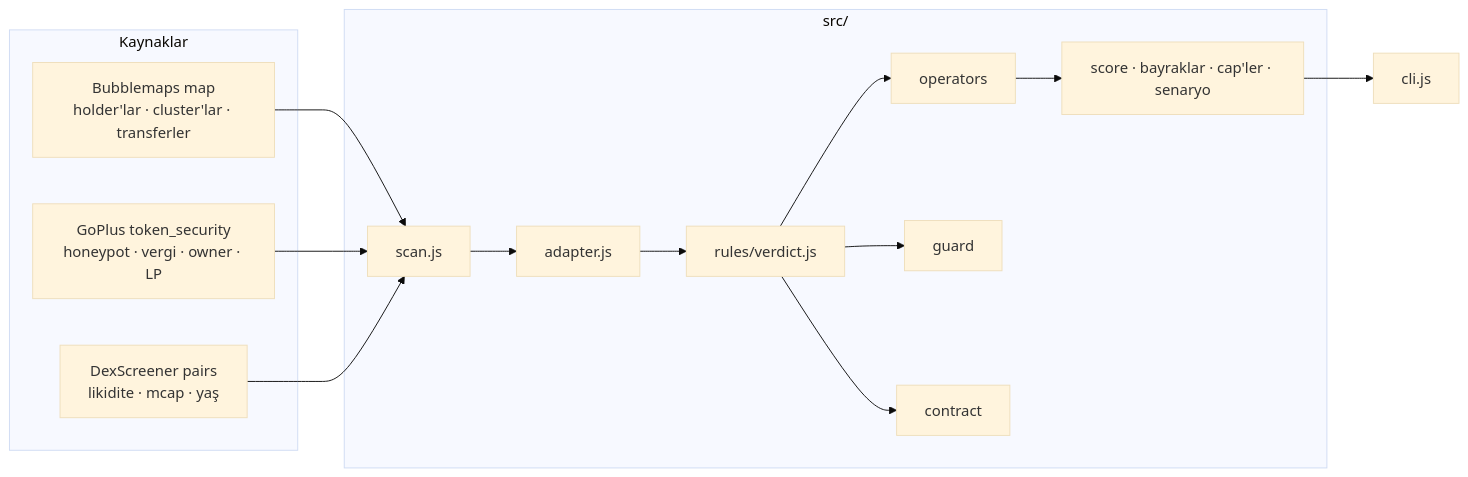
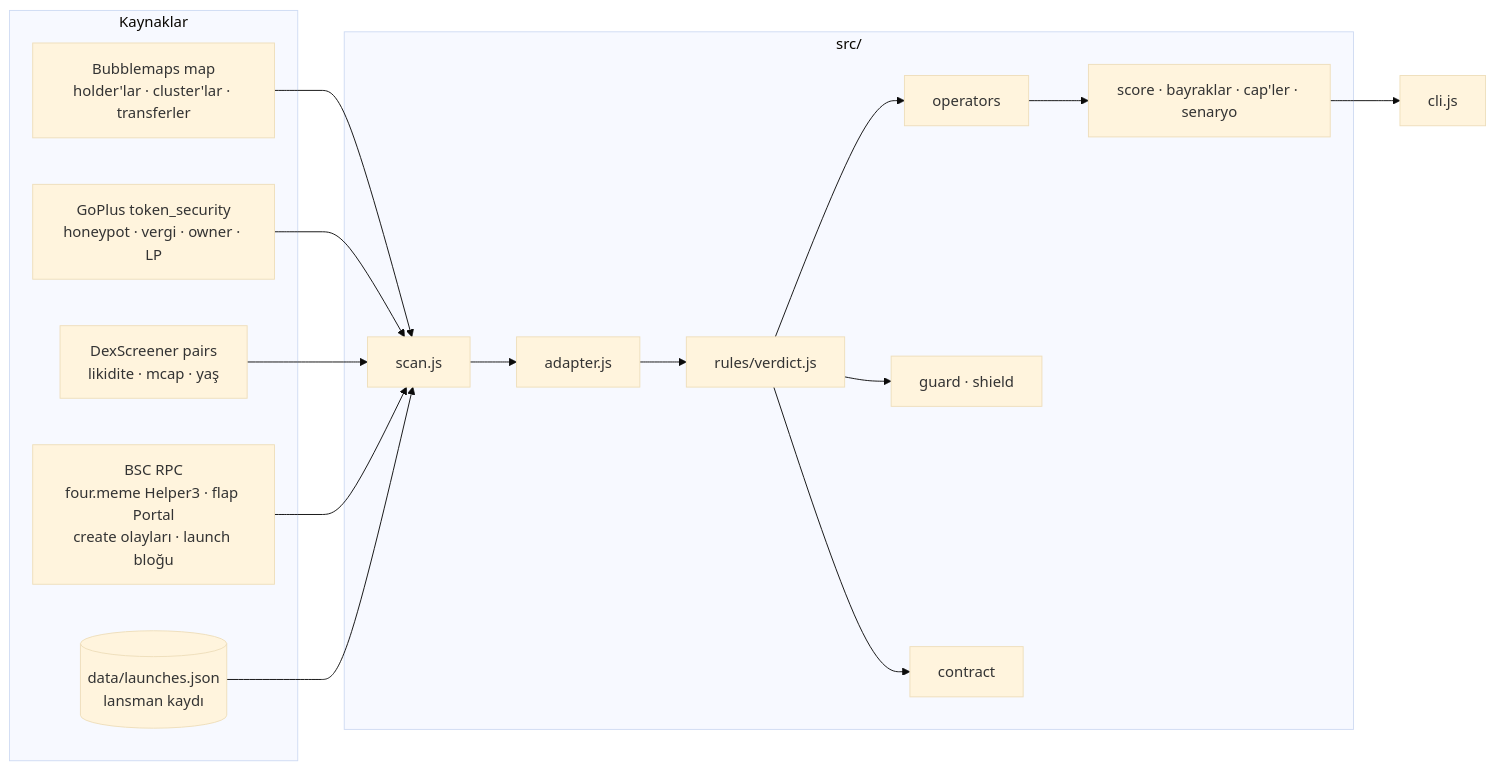
One commit to mehmet-kozan/QuantOrb changed the diagram in docs/mimari.md. Above: the diagram before and after it, drawn with Mermaid (base theme). The commit also changed other lines of this file and 29 other files, not shown here.

````diff
--- a/docs/mimari.md
+++ b/docs/mimari.md
@@ -6,19 +7,23 @@
 ```mermaid
 flowchart LR
   subgraph sources[Kaynaklar]
     BM[Bubblemaps map<br/>holder'lar · cluster'lar · transferler]
     GP[GoPlus token_security<br/>honeypot · vergi · owner · LP]
     DS[DexScreener pairs<br/>likidite · mcap · yaş]
+    LP[BSC RPC<br/>four.meme Helper3 · flap Portal<br/>create olayları · launch bloğu]
+    RC[(data/launches.json<br/>lansman kaydı)]
   end
   subgraph app[src/]
     S[scan.js] --> A[adapter.js]
     A --> V[rules/verdict.js]
     V --> O[operators] --> SC[score · bayraklar · cap'ler · senaryo]
-    V --> G[guard]
+    V --> G[guard · shield]
     V --> C[contract]
   end
   BM --> S
   GP --> S
   DS --> S
+  LP --> S
+  RC --> S
   SC --> CLI[cli.js]
 ```
````
